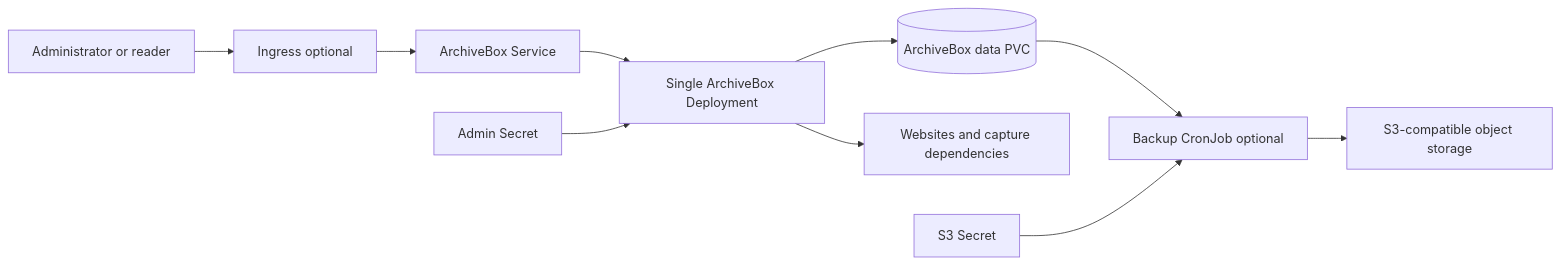
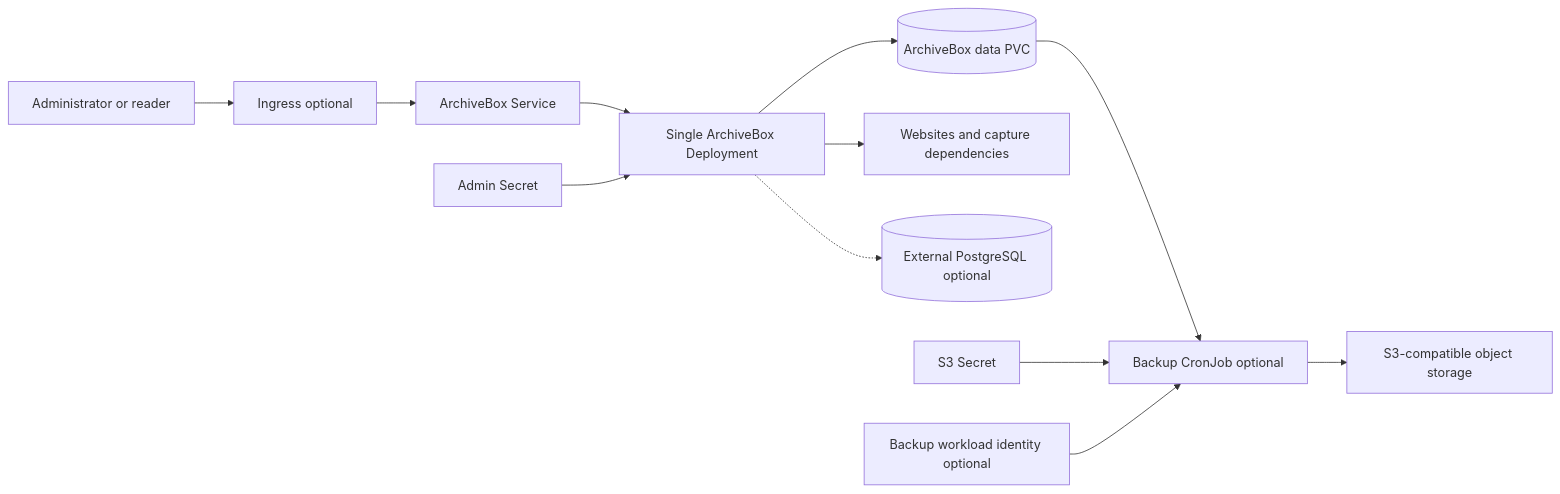
Before and after one commit to helmforgedev/charts: the diagram in charts/archivebox/DESIGN.md, drawn with Mermaid. The commit also changed other lines of this file and 26 other files, not shown here.

First line of the commit message:
fix(archivebox)!: align chart with ArchiveBox 0.9.x (#1984)

````diff
--- a/charts/archivebox/DESIGN.md
+++ b/charts/archivebox/DESIGN.md
@@ -16,12 +16,14 @@
 ```mermaid
 flowchart LR
   user[Administrator or reader] --> edge[Ingress optional]
   edge --> service[ArchiveBox Service]
   service --> app[Single ArchiveBox Deployment]
   admin[Admin Secret] --> app
   app --> data[(ArchiveBox data PVC)]
   app --> web[Websites and capture dependencies]
+  app -.-> postgres[(External PostgreSQL optional)]
   data --> cron[Backup CronJob optional]
   cron --> s3[S3-compatible object storage]
   s3secret[S3 Secret] --> cron
+  backupidentity[Backup workload identity optional] --> cron
 ```
````
